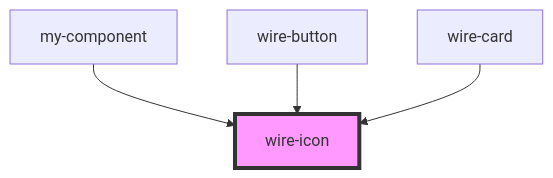
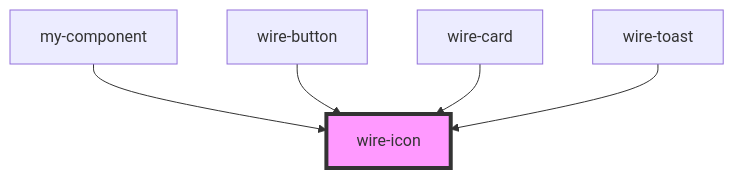
One commit to Wire-Network/wire-ui changed the diagram in packages/core/src/components/wire-icon/readme.md. Above: the diagram before and after it, drawn with Mermaid. The commit also changed other lines of this file and 7 other files, not shown here.

````diff
--- a/packages/core/src/components/wire-icon/readme.md
+++ b/packages/core/src/components/wire-icon/readme.md
@@ -25,7 +26,8 @@
 ```mermaid
 graph TD;
   my-component --> wire-icon
   wire-button --> wire-icon
   wire-card --> wire-icon
+  wire-toast --> wire-icon
   style wire-icon fill:#f9f,stroke:#333,stroke-width:4px
 ```
````
